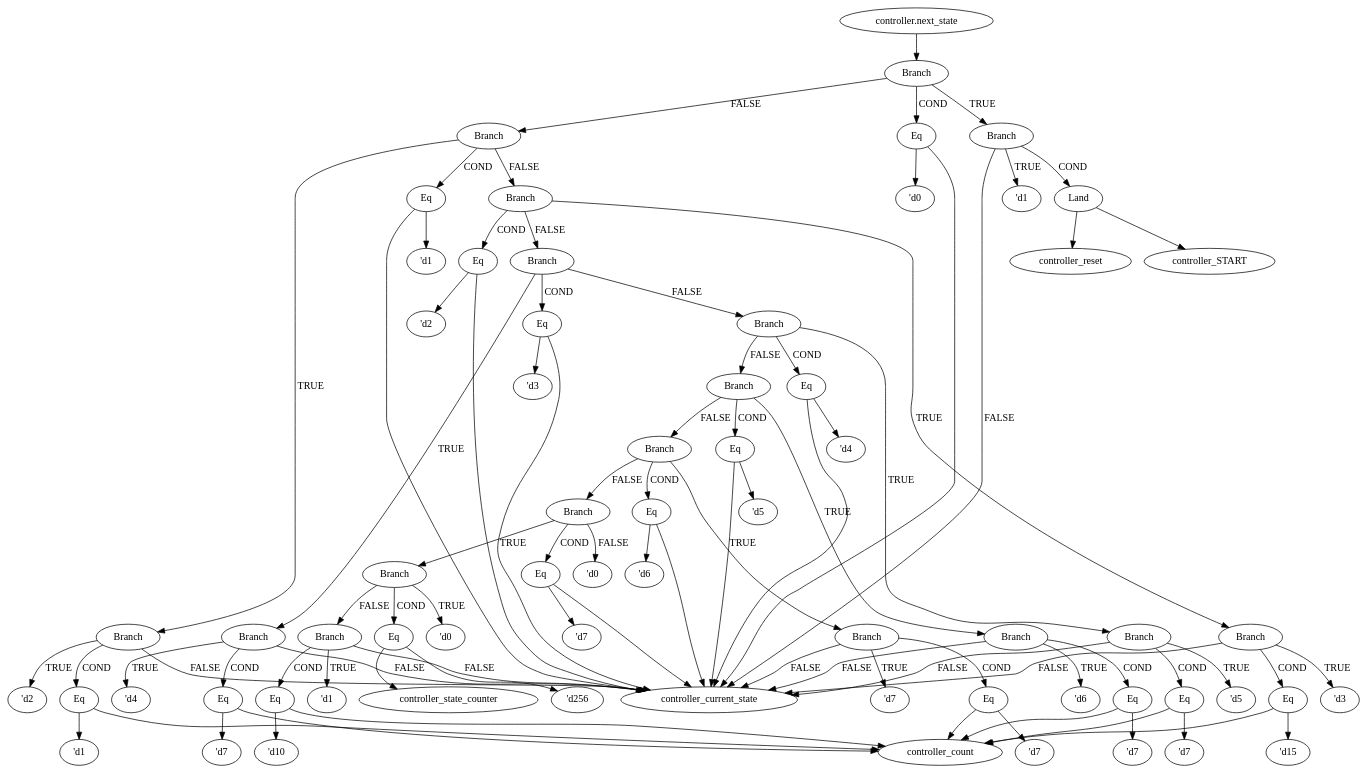
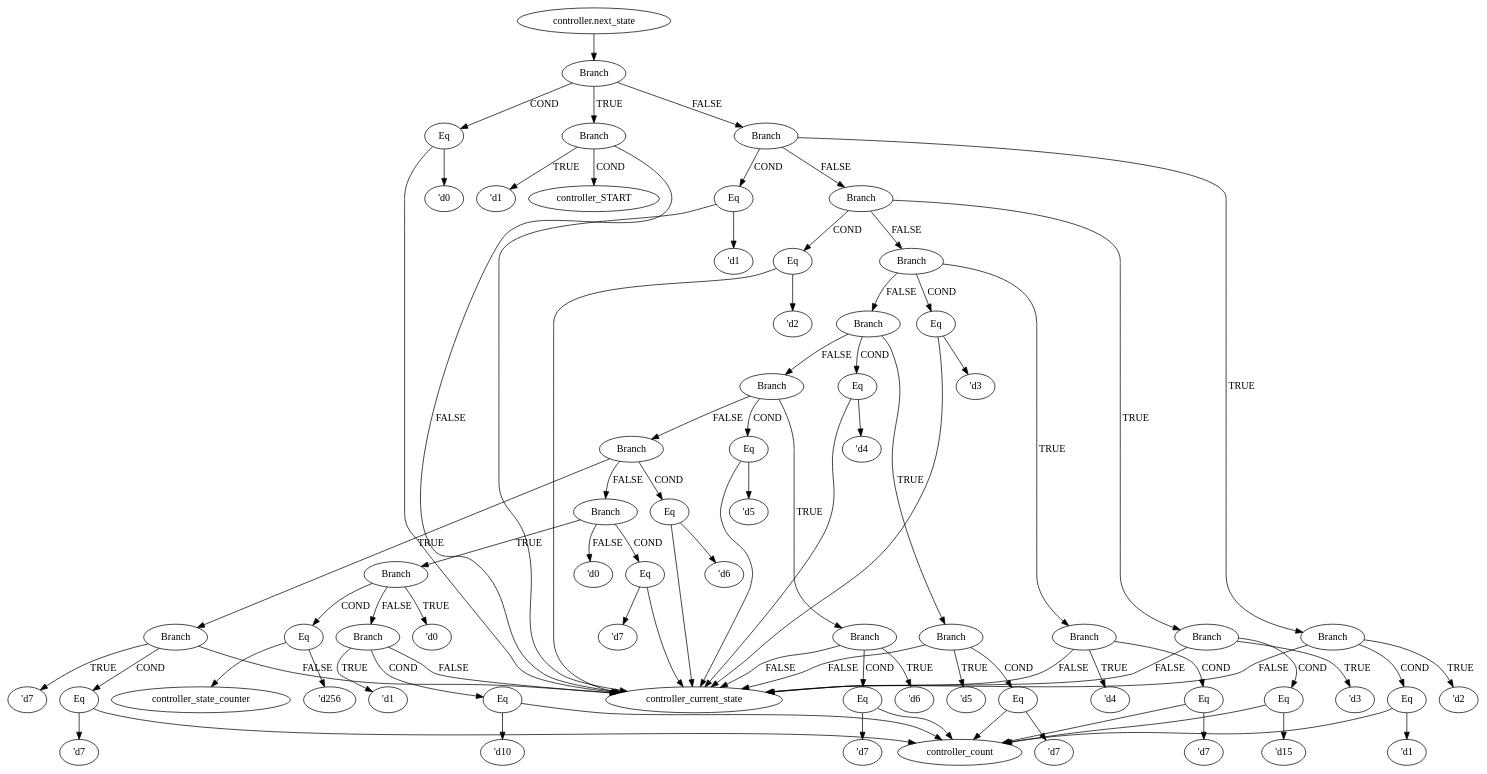
The diagram in controller.dot (vnay01/MasterThesis), drawn with Graphviz before and after one commit. The commit also changed 14 other files, not shown here.

```diff
--- a/controller.dot
+++ b/controller.dot
@@ -13,9 +13,9 @@
 		label=Branch];
 	Branch_graphrename_1 -> Branch_graphrename_4	[color=black,
 		label=TRUE];
-	Branch_graphrename_7	[color=black,
+	Branch_graphrename_6	[color=black,
 		label=Branch];
-	Branch_graphrename_1 -> Branch_graphrename_7	[color=black,
+	Branch_graphrename_1 -> Branch_graphrename_6	[color=black,
 		label=FALSE];
 	controller_current_state	[color=black];
 	Eq_graphrename_2 -> controller_current_state	[color=black];
@@ -24,244 +24,239 @@
 	Eq_graphrename_2 -> "'d0_graphrename_3"	[color=black];
 	Branch_graphrename_4 -> controller_current_state	[color=black,
 		label=FALSE];
-	Land_graphrename_5	[color=black,
-		label=Land];
-	Branch_graphrename_4 -> Land_graphrename_5	[color=black,
+	controller_START	[color=black];
+	Branch_graphrename_4 -> controller_START	[color=black,
 		label=COND];
-	"'d1_graphrename_6"	[color=black,
+	"'d1_graphrename_5"	[color=black,
 		label="'d1"];
-	Branch_graphrename_4 -> "'d1_graphrename_6"	[color=black,
+	Branch_graphrename_4 -> "'d1_graphrename_5"	[color=black,
 		label=TRUE];
-	controller_reset	[color=black];
-	Land_graphrename_5 -> controller_reset	[color=black];
-	controller_START	[color=black];
-	Land_graphrename_5 -> controller_START	[color=black];
-	Eq_graphrename_8	[color=black,
+	Eq_graphrename_7	[color=black,
 		label=Eq];
-	Branch_graphrename_7 -> Eq_graphrename_8	[color=black,
+	Branch_graphrename_6 -> Eq_graphrename_7	[color=black,
 		label=COND];
-	Branch_graphrename_10	[color=black,
+	Branch_graphrename_9	[color=black,
 		label=Branch];
-	Branch_graphrename_7 -> Branch_graphrename_10	[color=black,
+	Branch_graphrename_6 -> Branch_graphrename_9	[color=black,
 		label=TRUE];
-	Branch_graphrename_14	[color=black,
+	Branch_graphrename_13	[color=black,
 		label=Branch];
-	Branch_graphrename_7 -> Branch_graphrename_14	[color=black,
+	Branch_graphrename_6 -> Branch_graphrename_13	[color=black,
 		label=FALSE];
-	Eq_graphrename_8 -> controller_current_state	[color=black];
-	"'d1_graphrename_9"	[color=black,
+	Eq_graphrename_7 -> controller_current_state	[color=black];
+	"'d1_graphrename_8"	[color=black,
 		label="'d1"];
-	Eq_graphrename_8 -> "'d1_graphrename_9"	[color=black];
-	Branch_graphrename_10 -> controller_current_state	[color=black,
+	Eq_graphrename_7 -> "'d1_graphrename_8"	[color=black];
+	Branch_graphrename_9 -> controller_current_state	[color=black,
 		label=FALSE];
-	Eq_graphrename_11	[color=black,
+	Eq_graphrename_10	[color=black,
 		label=Eq];
-	Branch_graphrename_10 -> Eq_graphrename_11	[color=black,
+	Branch_graphrename_9 -> Eq_graphrename_10	[color=black,
 		label=COND];
-	"'d2_graphrename_13"	[color=black,
+	"'d2_graphrename_12"	[color=black,
 		label="'d2"];
-	Branch_graphrename_10 -> "'d2_graphrename_13"	[color=black,
+	Branch_graphrename_9 -> "'d2_graphrename_12"	[color=black,
 		label=TRUE];
 	controller_count	[color=black];
-	Eq_graphrename_11 -> controller_count	[color=black];
-	"'d1_graphrename_12"	[color=black,
+	Eq_graphrename_10 -> controller_count	[color=black];
+	"'d1_graphrename_11"	[color=black,
 		label="'d1"];
-	Eq_graphrename_11 -> "'d1_graphrename_12"	[color=black];
-	Eq_graphrename_15	[color=black,
+	Eq_graphrename_10 -> "'d1_graphrename_11"	[color=black];
+	Eq_graphrename_14	[color=black,
 		label=Eq];
-	Branch_graphrename_14 -> Eq_graphrename_15	[color=black,
+	Branch_graphrename_13 -> Eq_graphrename_14	[color=black,
 		label=COND];
-	Branch_graphrename_17	[color=black,
+	Branch_graphrename_16	[color=black,
 		label=Branch];
-	Branch_graphrename_14 -> Branch_graphrename_17	[color=black,
+	Branch_graphrename_13 -> Branch_graphrename_16	[color=black,
 		label=TRUE];
-	Branch_graphrename_21	[color=black,
+	Branch_graphrename_20	[color=black,
 		label=Branch];
-	Branch_graphrename_14 -> Branch_graphrename_21	[color=black,
+	Branch_graphrename_13 -> Branch_graphrename_20	[color=black,
 		label=FALSE];
-	Eq_graphrename_15 -> controller_current_state	[color=black];
-	"'d2_graphrename_16"	[color=black,
+	Eq_graphrename_14 -> controller_current_state	[color=black];
+	"'d2_graphrename_15"	[color=black,
 		label="'d2"];
-	Eq_graphrename_15 -> "'d2_graphrename_16"	[color=black];
-	Branch_graphrename_17 -> controller_current_state	[color=black,
+	Eq_graphrename_14 -> "'d2_graphrename_15"	[color=black];
+	Branch_graphrename_16 -> controller_current_state	[color=black,
 		label=FALSE];
-	Eq_graphrename_18	[color=black,
+	Eq_graphrename_17	[color=black,
 		label=Eq];
-	Branch_graphrename_17 -> Eq_graphrename_18	[color=black,
+	Branch_graphrename_16 -> Eq_graphrename_17	[color=black,
 		label=COND];
-	"'d3_graphrename_20"	[color=black,
+	"'d3_graphrename_19"	[color=black,
 		label="'d3"];
-	Branch_graphrename_17 -> "'d3_graphrename_20"	[color=black,
+	Branch_graphrename_16 -> "'d3_graphrename_19"	[color=black,
 		label=TRUE];
-	Eq_graphrename_18 -> controller_count	[color=black];
-	"'d15_graphrename_19"	[color=black,
+	Eq_graphrename_17 -> controller_count	[color=black];
+	"'d15_graphrename_18"	[color=black,
 		label="'d15"];
-	Eq_graphrename_18 -> "'d15_graphrename_19"	[color=black];
-	Eq_graphrename_22	[color=black,
+	Eq_graphrename_17 -> "'d15_graphrename_18"	[color=black];
+	Eq_graphrename_21	[color=black,
 		label=Eq];
-	Branch_graphrename_21 -> Eq_graphrename_22	[color=black,
+	Branch_graphrename_20 -> Eq_graphrename_21	[color=black,
 		label=COND];
-	Branch_graphrename_24	[color=black,
+	Branch_graphrename_23	[color=black,
 		label=Branch];
-	Branch_graphrename_21 -> Branch_graphrename_24	[color=black,
+	Branch_graphrename_20 -> Branch_graphrename_23	[color=black,
 		label=TRUE];
-	Branch_graphrename_28	[color=black,
+	Branch_graphrename_27	[color=black,
 		label=Branch];
-	Branch_graphrename_21 -> Branch_graphrename_28	[color=black,
+	Branch_graphrename_20 -> Branch_graphrename_27	[color=black,
 		label=FALSE];
-	Eq_graphrename_22 -> controller_current_state	[color=black];
-	"'d3_graphrename_23"	[color=black,
+	Eq_graphrename_21 -> controller_current_state	[color=black];
+	"'d3_graphrename_22"	[color=black,
 		label="'d3"];
-	Eq_graphrename_22 -> "'d3_graphrename_23"	[color=black];
-	Branch_graphrename_24 -> controller_current_state	[color=black,
+	Eq_graphrename_21 -> "'d3_graphrename_22"	[color=black];
+	Branch_graphrename_23 -> controller_current_state	[color=black,
 		label=FALSE];
-	Eq_graphrename_25	[color=black,
+	Eq_graphrename_24	[color=black,
 		label=Eq];
-	Branch_graphrename_24 -> Eq_graphrename_25	[color=black,
+	Branch_graphrename_23 -> Eq_graphrename_24	[color=black,
 		label=COND];
-	"'d4_graphrename_27"	[color=black,
+	"'d4_graphrename_26"	[color=black,
 		label="'d4"];
-	Branch_graphrename_24 -> "'d4_graphrename_27"	[color=black,
+	Branch_graphrename_23 -> "'d4_graphrename_26"	[color=black,
 		label=TRUE];
-	Eq_graphrename_25 -> controller_count	[color=black];
-	"'d7_graphrename_26"	[color=black,
+	Eq_graphrename_24 -> controller_count	[color=black];
+	"'d7_graphrename_25"	[color=black,
 		label="'d7"];
-	Eq_graphrename_25 -> "'d7_graphrename_26"	[color=black];
-	Eq_graphrename_29	[color=black,
+	Eq_graphrename_24 -> "'d7_graphrename_25"	[color=black];
+	Eq_graphrename_28	[color=black,
 		label=Eq];
-	Branch_graphrename_28 -> Eq_graphrename_29	[color=black,
+	Branch_graphrename_27 -> Eq_graphrename_28	[color=black,
 		label=COND];
-	Branch_graphrename_31	[color=black,
+	Branch_graphrename_30	[color=black,
 		label=Branch];
-	Branch_graphrename_28 -> Branch_graphrename_31	[color=black,
+	Branch_graphrename_27 -> Branch_graphrename_30	[color=black,
 		label=TRUE];
-	Branch_graphrename_35	[color=black,
+	Branch_graphrename_34	[color=black,
 		label=Branch];
-	Branch_graphrename_28 -> Branch_graphrename_35	[color=black,
+	Branch_graphrename_27 -> Branch_graphrename_34	[color=black,
 		label=FALSE];
-	Eq_graphrename_29 -> controller_current_state	[color=black];
-	"'d4_graphrename_30"	[color=black,
+	Eq_graphrename_28 -> controller_current_state	[color=black];
+	"'d4_graphrename_29"	[color=black,
 		label="'d4"];
-	Eq_graphrename_29 -> "'d4_graphrename_30"	[color=black];
-	Branch_graphrename_31 -> controller_current_state	[color=black,
+	Eq_graphrename_28 -> "'d4_graphrename_29"	[color=black];
+	Branch_graphrename_30 -> controller_current_state	[color=black,
 		label=FALSE];
-	Eq_graphrename_32	[color=black,
+	Eq_graphrename_31	[color=black,
 		label=Eq];
-	Branch_graphrename_31 -> Eq_graphrename_32	[color=black,
+	Branch_graphrename_30 -> Eq_graphrename_31	[color=black,
 		label=COND];
-	"'d5_graphrename_34"	[color=black,
+	"'d5_graphrename_33"	[color=black,
 		label="'d5"];
-	Branch_graphrename_31 -> "'d5_graphrename_34"	[color=black,
+	Branch_graphrename_30 -> "'d5_graphrename_33"	[color=black,
 		label=TRUE];
-	Eq_graphrename_32 -> controller_count	[color=black];
-	"'d7_graphrename_33"	[color=black,
+	Eq_graphrename_31 -> controller_count	[color=black];
+	"'d7_graphrename_32"	[color=black,
 		label="'d7"];
-	Eq_graphrename_32 -> "'d7_graphrename_33"	[color=black];
-	Eq_graphrename_36	[color=black,
+	Eq_graphrename_31 -> "'d7_graphrename_32"	[color=black];
+	Eq_graphrename_35	[color=black,
 		label=Eq];
-	Branch_graphrename_35 -> Eq_graphrename_36	[color=black,
+	Branch_graphrename_34 -> Eq_graphrename_35	[color=black,
 		label=COND];
-	Branch_graphrename_38	[color=black,
+	Branch_graphrename_37	[color=black,
 		label=Branch];
-	Branch_graphrename_35 -> Branch_graphrename_38	[color=black,
+	Branch_graphrename_34 -> Branch_graphrename_37	[color=black,
 		label=TRUE];
-	Branch_graphrename_42	[color=black,
+	Branch_graphrename_41	[color=black,
 		label=Branch];
-	Branch_graphrename_35 -> Branch_graphrename_42	[color=black,
+	Branch_graphrename_34 -> Branch_graphrename_41	[color=black,
 		label=FALSE];
-	Eq_graphrename_36 -> controller_current_state	[color=black];
-	"'d5_graphrename_37"	[color=black,
+	Eq_graphrename_35 -> controller_current_state	[color=black];
+	"'d5_graphrename_36"	[color=black,
 		label="'d5"];
-	Eq_graphrename_36 -> "'d5_graphrename_37"	[color=black];
-	Branch_graphrename_38 -> controller_current_state	[color=black,
+	Eq_graphrename_35 -> "'d5_graphrename_36"	[color=black];
+	Branch_graphrename_37 -> controller_current_state	[color=black,
 		label=FALSE];
-	Eq_graphrename_39	[color=black,
+	Eq_graphrename_38	[color=black,
 		label=Eq];
-	Branch_graphrename_38 -> Eq_graphrename_39	[color=black,
+	Branch_graphrename_37 -> Eq_graphrename_38	[color=black,
 		label=COND];
-	"'d6_graphrename_41"	[color=black,
+	"'d6_graphrename_40"	[color=black,
 		label="'d6"];
-	Branch_graphrename_38 -> "'d6_graphrename_41"	[color=black,
+	Branch_graphrename_37 -> "'d6_graphrename_40"	[color=black,
 		label=TRUE];
-	Eq_graphrename_39 -> controller_count	[color=black];
-	"'d7_graphrename_40"	[color=black,
+	Eq_graphrename_38 -> controller_count	[color=black];
+	"'d7_graphrename_39"	[color=black,
 		label="'d7"];
-	Eq_graphrename_39 -> "'d7_graphrename_40"	[color=black];
-	Eq_graphrename_43	[color=black,
+	Eq_graphrename_38 -> "'d7_graphrename_39"	[color=black];
+	Eq_graphrename_42	[color=black,
 		label=Eq];
-	Branch_graphrename_42 -> Eq_graphrename_43	[color=black,
+	Branch_graphrename_41 -> Eq_graphrename_42	[color=black,
 		label=COND];
-	Branch_graphrename_45	[color=black,
+	Branch_graphrename_44	[color=black,
 		label=Branch];
-	Branch_graphrename_42 -> Branch_graphrename_45	[color=black,
+	Branch_graphrename_41 -> Branch_graphrename_44	[color=black,
 		label=TRUE];
-	Branch_graphrename_49	[color=black,
+	Branch_graphrename_48	[color=black,
 		label=Branch];
-	Branch_graphrename_42 -> Branch_graphrename_49	[color=black,
+	Branch_graphrename_41 -> Branch_graphrename_48	[color=black,
 		label=FALSE];
-	Eq_graphrename_43 -> controller_current_state	[color=black];
-	"'d6_graphrename_44"	[color=black,
+	Eq_graphrename_42 -> controller_current_state	[color=black];
+	"'d6_graphrename_43"	[color=black,
 		label="'d6"];
-	Eq_graphrename_43 -> "'d6_graphrename_44"	[color=black];
-	Branch_graphrename_45 -> controller_current_state	[color=black,
+	Eq_graphrename_42 -> "'d6_graphrename_43"	[color=black];
+	Branch_graphrename_44 -> controller_current_state	[color=black,
 		label=FALSE];
-	Eq_graphrename_46	[color=black,
+	Eq_graphrename_45	[color=black,
 		label=Eq];
-	Branch_graphrename_45 -> Eq_graphrename_46	[color=black,
+	Branch_graphrename_44 -> Eq_graphrename_45	[color=black,
 		label=COND];
-	"'d7_graphrename_48"	[color=black,
-		label="'d7"];
-	Branch_graphrename_45 -> "'d7_graphrename_48"	[color=black,
-		label=TRUE];
-	Eq_graphrename_46 -> controller_count	[color=black];
 	"'d7_graphrename_47"	[color=black,
 		label="'d7"];
-	Eq_graphrename_46 -> "'d7_graphrename_47"	[color=black];
-	Eq_graphrename_50	[color=black,
+	Branch_graphrename_44 -> "'d7_graphrename_47"	[color=black,
+		label=TRUE];
+	Eq_graphrename_45 -> controller_count	[color=black];
+	"'d7_graphrename_46"	[color=black,
+		label="'d7"];
+	Eq_graphrename_45 -> "'d7_graphrename_46"	[color=black];
+	Eq_graphrename_49	[color=black,
 		label=Eq];
-	Branch_graphrename_49 -> Eq_graphrename_50	[color=black,
+	Branch_graphrename_48 -> Eq_graphrename_49	[color=black,
 		label=COND];
-	Branch_graphrename_52	[color=black,
+	Branch_graphrename_51	[color=black,
 		label=Branch];
-	Branch_graphrename_49 -> Branch_graphrename_52	[color=black,
+	Branch_graphrename_48 -> Branch_graphrename_51	[color=black,
 		label=TRUE];
-	"'d0_graphrename_60"	[color=black,
+	"'d0_graphrename_59"	[color=black,
 		label="'d0"];
-	Branch_graphrename_49 -> "'d0_graphrename_60"	[color=black,
+	Branch_graphrename_48 -> "'d0_graphrename_59"	[color=black,
 		label=FALSE];
-	Eq_graphrename_50 -> controller_current_state	[color=black];
-	"'d7_graphrename_51"	[color=black,
+	Eq_graphrename_49 -> controller_current_state	[color=black];
+	"'d7_graphrename_50"	[color=black,
 		label="'d7"];
-	Eq_graphrename_50 -> "'d7_graphrename_51"	[color=black];
-	Eq_graphrename_53	[color=black,
+	Eq_graphrename_49 -> "'d7_graphrename_50"	[color=black];
+	Eq_graphrename_52	[color=black,
 		label=Eq];
-	Branch_graphrename_52 -> Eq_graphrename_53	[color=black,
+	Branch_graphrename_51 -> Eq_graphrename_52	[color=black,
 		label=COND];
-	"'d0_graphrename_55"	[color=black,
+	"'d0_graphrename_54"	[color=black,
 		label="'d0"];
-	Branch_graphrename_52 -> "'d0_graphrename_55"	[color=black,
+	Branch_graphrename_51 -> "'d0_graphrename_54"	[color=black,
 		label=TRUE];
-	Branch_graphrename_56	[color=black,
+	Branch_graphrename_55	[color=black,
 		label=Branch];
-	Branch_graphrename_52 -> Branch_graphrename_56	[color=black,
+	Branch_graphrename_51 -> Branch_graphrename_55	[color=black,
 		label=FALSE];
 	controller_state_counter	[color=black];
-	Eq_graphrename_53 -> controller_state_counter	[color=black];
-	"'d256_graphrename_54"	[color=black,
+	Eq_graphrename_52 -> controller_state_counter	[color=black];
+	"'d256_graphrename_53"	[color=black,
 		label="'d256"];
-	Eq_graphrename_53 -> "'d256_graphrename_54"	[color=black];
-	Branch_graphrename_56 -> controller_current_state	[color=black,
+	Eq_graphrename_52 -> "'d256_graphrename_53"	[color=black];
+	Branch_graphrename_55 -> controller_current_state	[color=black,
 		label=FALSE];
-	Eq_graphrename_57	[color=black,
+	Eq_graphrename_56	[color=black,
 		label=Eq];
-	Branch_graphrename_56 -> Eq_graphrename_57	[color=black,
+	Branch_graphrename_55 -> Eq_graphrename_56	[color=black,
 		label=COND];
-	"'d1_graphrename_59"	[color=black,
+	"'d1_graphrename_58"	[color=black,
 		label="'d1"];
-	Branch_graphrename_56 -> "'d1_graphrename_59"	[color=black,
+	Branch_graphrename_55 -> "'d1_graphrename_58"	[color=black,
 		label=TRUE];
-	Eq_graphrename_57 -> controller_count	[color=black];
-	"'d10_graphrename_58"	[color=black,
+	Eq_graphrename_56 -> controller_count	[color=black];
+	"'d10_graphrename_57"	[color=black,
 		label="'d10"];
-	Eq_graphrename_57 -> "'d10_graphrename_58"	[color=black];
+	Eq_graphrename_56 -> "'d10_graphrename_57"	[color=black];
 }
```
